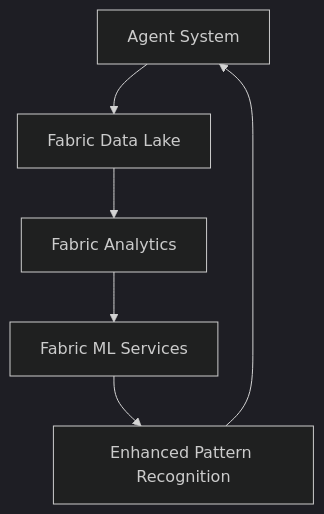
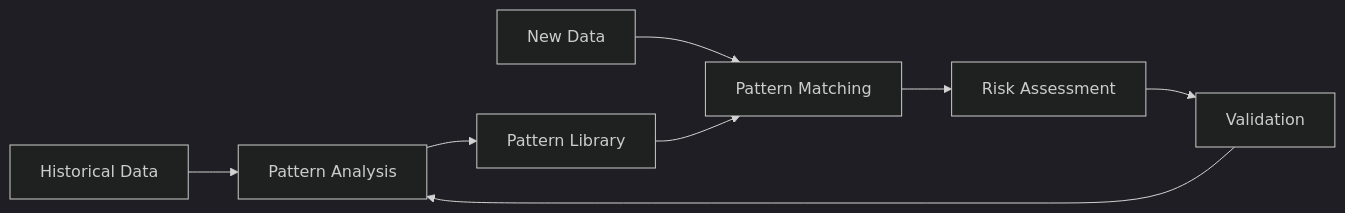
Before and after one commit to ncode3/Global-Health-Early-Warning-System-GHEWS-: the second of 2 diagrams in ARCHITECTURE.md, drawn with Mermaid (dark theme). The commit also changed other lines of this file, not shown here.

````diff
--- a/ARCHITECTURE.md
+++ b/ARCHITECTURE.md
@@ -48,8 +52,10 @@
-   ```mermaid
-   graph TD
-       A[Agent System] --> B[Fabric Data Lake]
-       B --> C[Fabric Analytics]
-       C --> D[Fabric ML Services]
-       D --> E[Enhanced Pattern Recognition]
-       E --> A
-   ```
+```mermaid
+graph LR
+    A[Historical Data] --> B[Pattern Analysis]
+    B --> C[Pattern Library]
+    D[New Data] --> E[Pattern Matching]
+    C --> E
+    E --> F[Risk Assessment]
+    F --> G[Validation]
+    G --> B
+```
````
